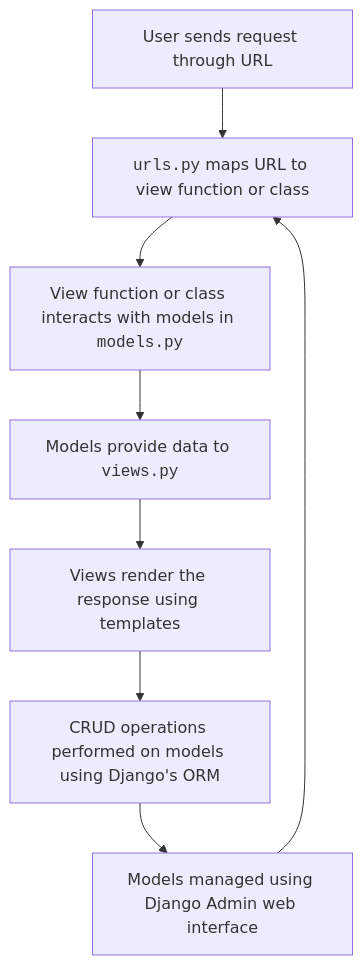
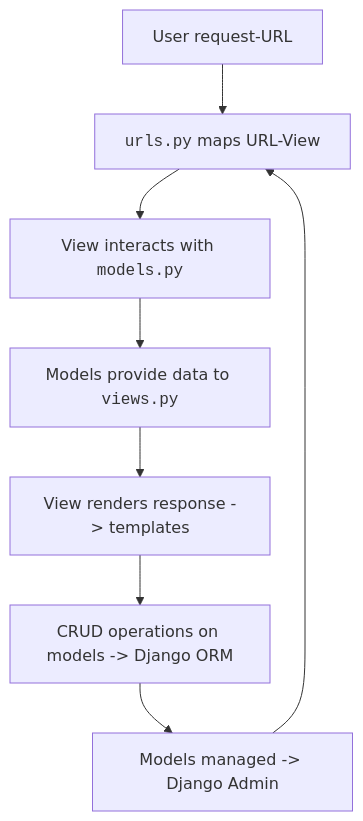
One commit to prak112/cs50-webdev changed the diagram in django/databases101/README.md. Above: the diagram before and after it, drawn with Mermaid. The commit also changed other lines of this file, not shown here.

Commit message:
corrections, model-view workflow

````diff
--- a/django/databases101/README.md
+++ b/django/databases101/README.md
@@ -290,18 +290,18 @@
 ```mermaid
 graph TB
-    A[User sends request through URL]
-    B[<code>urls.py</code> maps URL to view function or class]
-    C[View function or class interacts with models in <code>models.py</code>]
+    A[User request-URL]
+    B[<code>urls.py</code> maps URL-View]
+    C[View interacts with <code>models.py</code>]
     D[Models provide data to <code>views.py</code>]
-    E[Views render the response using templates]
-    F[CRUD operations performed on models using Django's ORM]
-    G[Models managed using Django Admin web interface]
+    E[View renders response -> templates]
+    F[CRUD operations on models -> Django ORM]
+    G[Models managed -> Django Admin]
 
     A --> B
     B --> C
     C --> D
     D --> E
     E --> F
     F --> G
     G --> B
 ```
````
